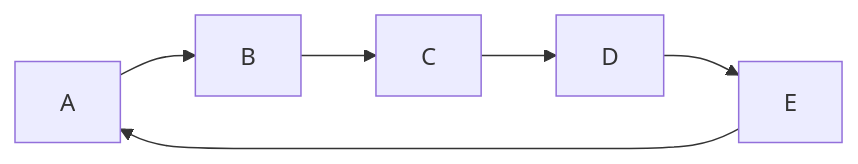
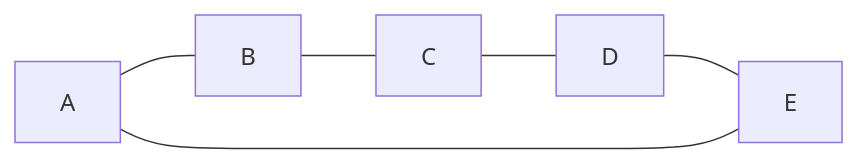
The second of 5 diagrams in public/documents/semester-2/3/2344.md (djaimej/computer-science-template), drawn with Mermaid before and after one commit. The commit also changed other lines of this file and 38 other files, not shown here.

````diff
--- a/public/documents/semester-2/3/2344.md
+++ b/public/documents/semester-2/3/2344.md
@@ -143,14 +143,14 @@
 ```mermaid
 graph LR
-    A --> B
-    B --> C
-    C --> D
-    D --> E
-    E --> A
+    A --- B
+    B --- C
+    C --- D
+    D --- E
+    E --- A
 
     A:::accent
     B:::accent
     C:::accent
     D:::accent
     E:::accent
 ```
````
